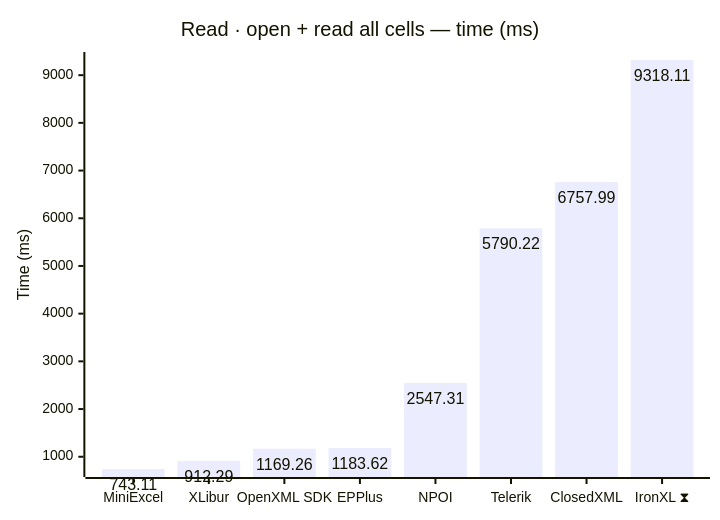
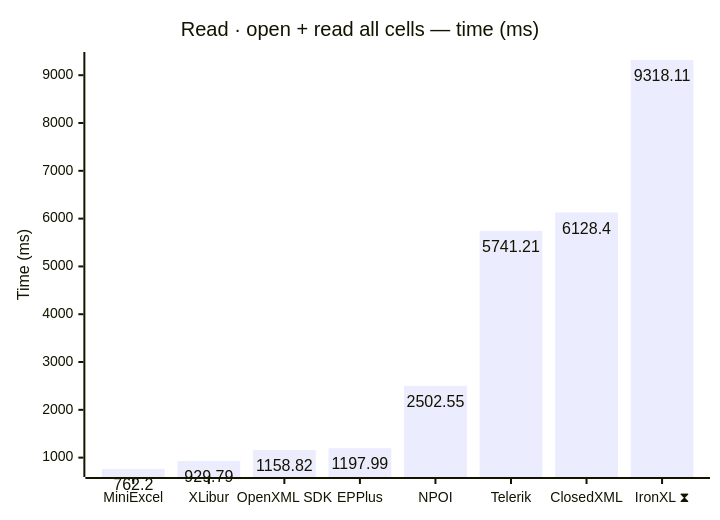
The third of 12 diagrams in docs/results.md (jafin/XLBench), drawn with Mermaid before and after one commit. The commit also changed other lines of this file and 4 other files, not shown here.

````diff
--- a/docs/results.md
+++ b/docs/results.md
@@ -66,12 +66,12 @@
 ```mermaid
 ---
 config:
   xyChart:
     showDataLabel: true
 ---
 xychart-beta
     title "Read · open + read all cells — time (ms)"
     x-axis ["MiniExcel", "XLibur", "OpenXML SDK", "EPPlus", "NPOI", "Telerik", "ClosedXML", "IronXL ⧗"]
     y-axis "Time (ms)"
-    bar [743.11, 912.29, 1169.26, 1183.62, 2547.31, 5790.22, 6757.99, 9318.11]
+    bar [762.2, 929.79, 1158.82, 1197.99, 2502.55, 5741.21, 6128.4, 9318.11]
 ```
````
